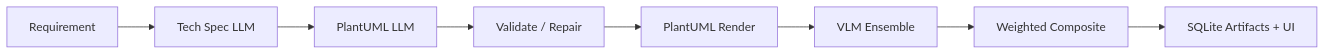
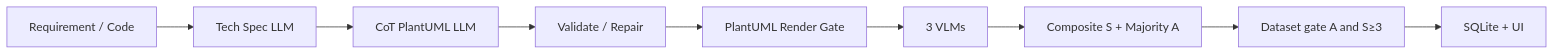
One commit to dipak5501/uml-generation-pipeline changed the diagram in README.md. Above: the diagram before and after it, drawn with Mermaid. The commit also changed other lines of this file and 22 other files, not shown here.

````diff
--- a/README.md
+++ b/README.md
@@ -12,10 +12,11 @@
 ```mermaid
 flowchart LR
-  A[Requirement] --> B[Tech Spec LLM]
-  B --> C[PlantUML LLM]
+  A[Requirement / Code] --> B[Tech Spec LLM]
+  B --> C[CoT PlantUML LLM]
   C --> D[Validate / Repair]
-  D --> E[PlantUML Render]
-  E --> F[VLM Ensemble]
-  F --> G[Weighted Composite]
-  G --> H[SQLite Artifacts + UI]
+  D --> E[PlantUML Render Gate]
+  E --> F[3 VLMs]
+  F --> G[Composite S + Majority A]
+  G --> H[Dataset gate A and S≥3]
+  H --> I[SQLite + UI]
 ```
````
